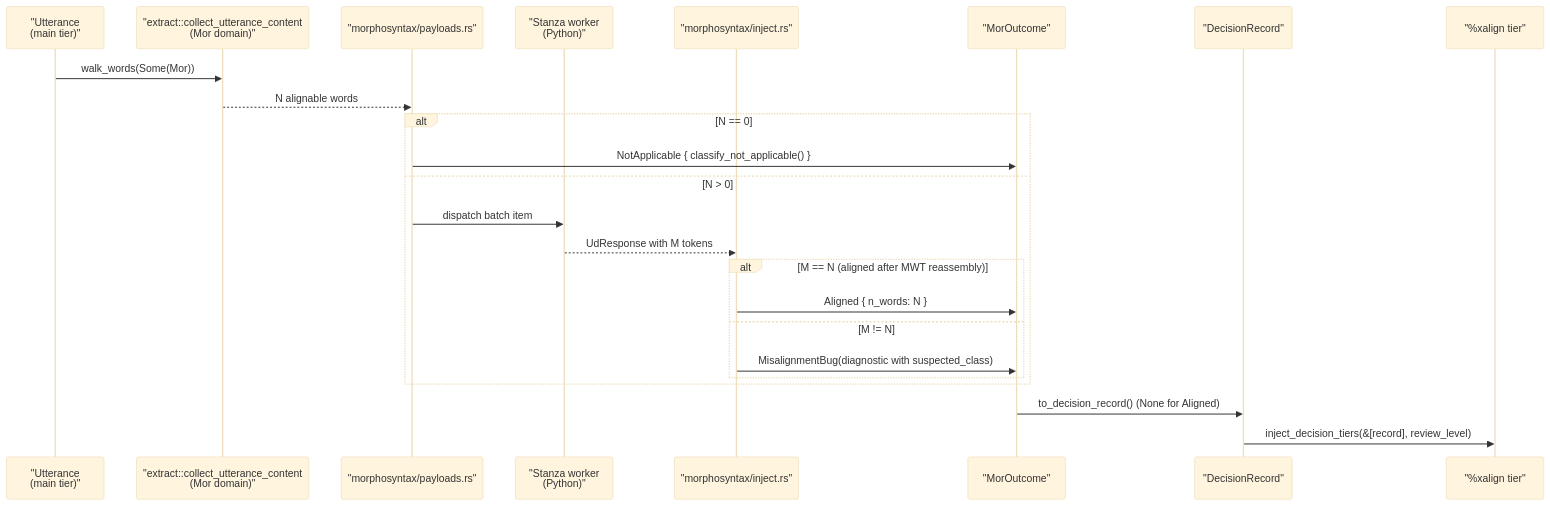
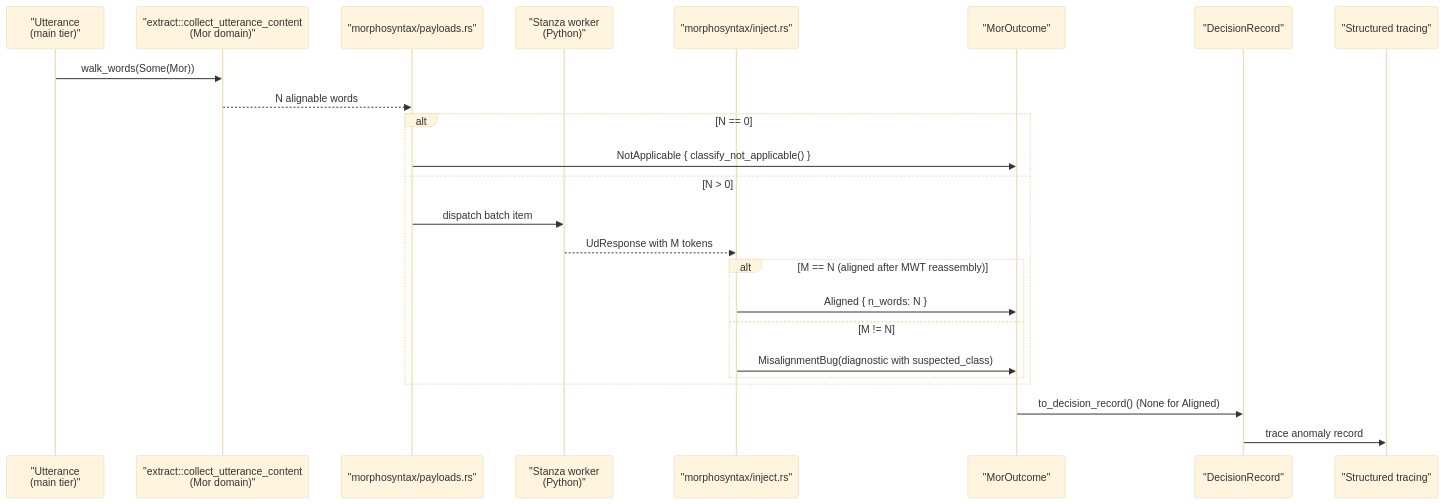
The eighth of 9 diagrams in book/src/batchalign/architecture/pipeline-decisions.md (TalkBank/talkbank-tools), drawn with Mermaid (base theme) before and after one commit. The commit also changed other lines of this file and 181 other files, not shown here.

First line of the commit message:
feat(batchalign)!: add replayable evidence architecture

````diff
--- a/book/src/batchalign/architecture/pipeline-decisions.md
+++ b/book/src/batchalign/architecture/pipeline-decisions.md
@@ -341,27 +389,27 @@
 ```mermaid
 sequenceDiagram
     participant U as "Utterance<br/>(main tier)"
     participant E as "extract::collect_utterance_content<br/>(Mor domain)"
     participant P as "morphosyntax/payloads.rs"
     participant W as "Stanza worker<br/>(Python)"
     participant I as "morphosyntax/inject.rs"
     participant O as "MorOutcome"
     participant D as "DecisionRecord"
-    participant T as "%xalign tier"
+    participant T as "Structured tracing"
 
     U->>E: walk_words(Some(Mor))
     E-->>P: N alignable words
     alt N == 0
         P->>O: NotApplicable { classify_not_applicable() }
     else N > 0
         P->>W: dispatch batch item
         W-->>I: UdResponse with M tokens
         alt M == N (aligned after MWT reassembly)
             I->>O: Aligned { n_words: N }
         else M != N
             I->>O: MisalignmentBug(diagnostic with suspected_class)
         end
     end
     O->>D: to_decision_record() (None for Aligned)
-    D->>T: inject_decision_tiers(&[record], review_level)
+    D->>T: trace anomaly record
 ```
````
